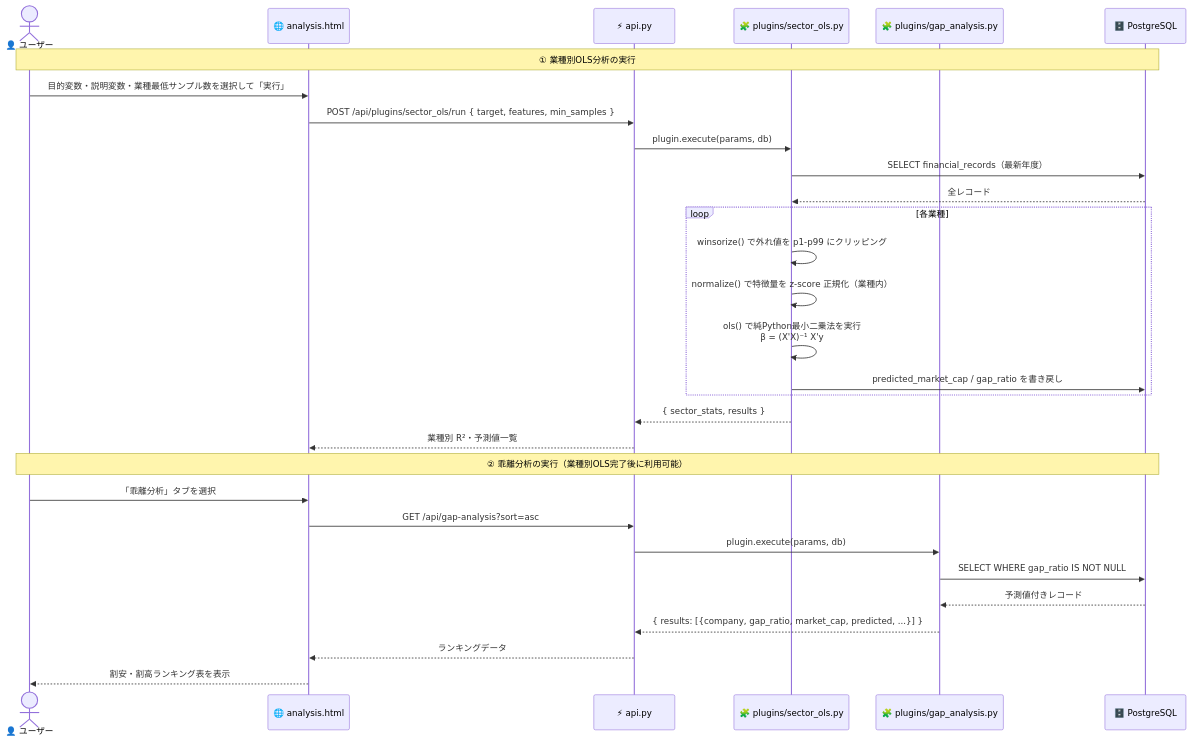
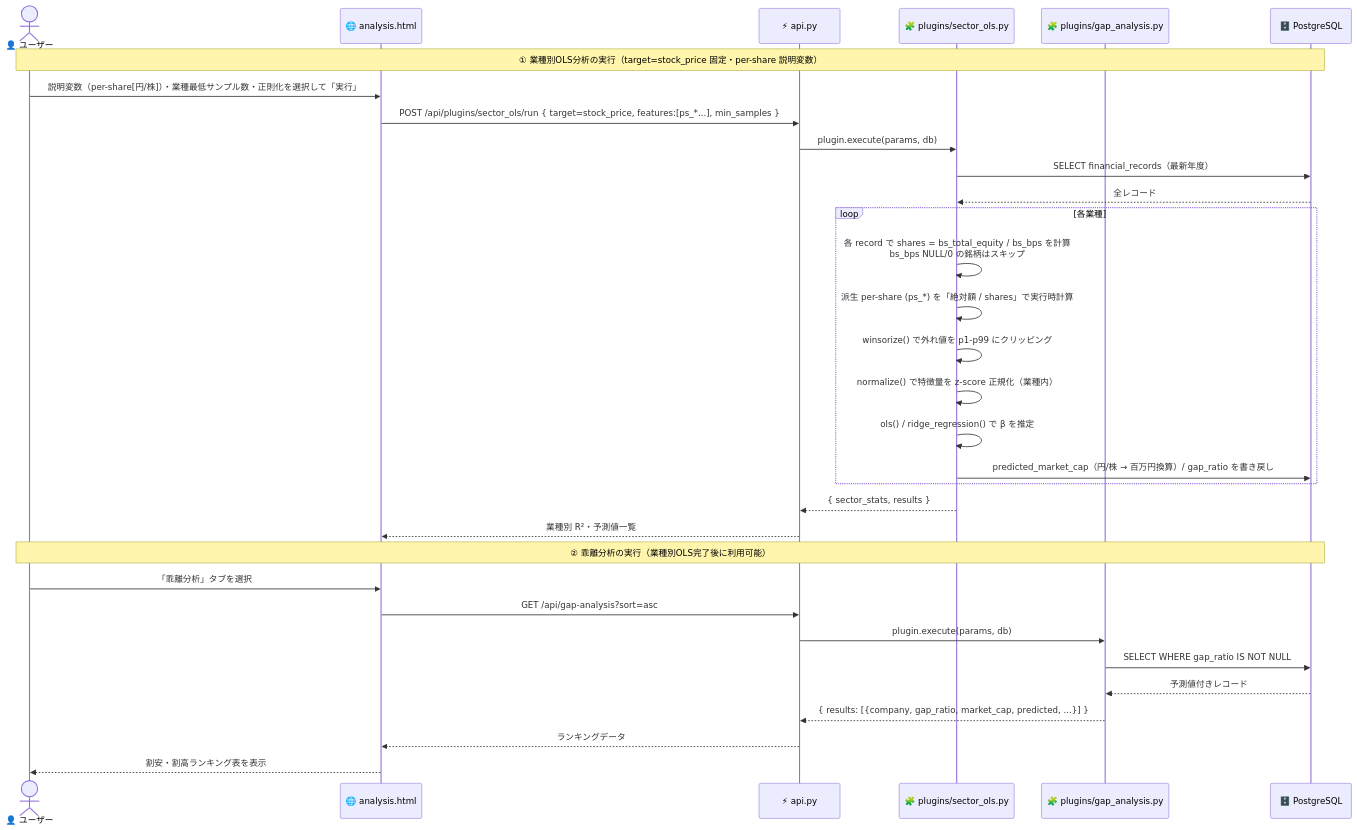
One commit to kome-kome/financial_app changed the seventh of 15 diagrams in docs/ARCHITECTURE.md. Above: the diagram before and after it, drawn with Mermaid. The commit also changed 7 other files, not shown here.

First line of the commit message:
feat: 業種別OLSの次元整合性を構造的に強制し per-share 説明変数を網羅化

````diff
--- a/docs/ARCHITECTURE.md
+++ b/docs/ARCHITECTURE.md
@@ -419,37 +419,39 @@
 ```mermaid
 sequenceDiagram
     actor       User  as 👤 ユーザー
     participant UI    as 🌐 analysis.html
     participant API   as ⚡ api.py
     participant PLG   as 🧩 plugins/sector_ols.py
     participant GAP   as 🧩 plugins/gap_analysis.py
     participant DB    as 🗄️ PostgreSQL
 
-    Note over User,DB: ① 業種別OLS分析の実行
-    User ->> UI  : 目的変数・説明変数・業種最低サンプル数を選択して「実行」
-    UI   ->> API : POST /api/plugins/sector_ols/run { target, features, min_samples }
+    Note over User,DB: ① 業種別OLS分析の実行（target=stock_price 固定・per-share 説明変数）
+    User ->> UI  : 説明変数（per-share[円/株]）・業種最低サンプル数・正則化を選択して「実行」
+    UI   ->> API : POST /api/plugins/sector_ols/run { target=stock_price, features:[ps_*...], min_samples }
     API  ->> PLG : plugin.execute(params, db)
 
     PLG  ->> DB  : SELECT financial_records（最新年度）
     DB  -->> PLG : 全レコード
 
     loop 各業種
+        PLG  ->> PLG : 各 record で shares = bs_total_equity / bs_bps を計算<br/>bs_bps NULL/0 の銘柄はスキップ
+        PLG  ->> PLG : 派生 per-share (ps_*) を「絶対額 / shares」で実行時計算
         PLG  ->> PLG : winsorize() で外れ値を p1-p99 にクリッピング
         PLG  ->> PLG : normalize() で特徴量を z-score 正規化（業種内）
-        PLG  ->> PLG : ols() で純Python最小二乗法を実行<br/>β = (X'X)⁻¹ X'y
-        PLG  ->> DB  : predicted_market_cap / gap_ratio を書き戻し
+        PLG  ->> PLG : ols() / ridge_regression() で β を推定
+        PLG  ->> DB  : predicted_market_cap（円/株 → 百万円換算）/ gap_ratio を書き戻し
     end
 
     PLG -->> API : { sector_stats, results }
     API -->> UI  : 業種別 R²・予測値一覧
 
     Note over User,DB: ② 乖離分析の実行（業種別OLS完了後に利用可能）
     User ->> UI  : 「乖離分析」タブを選択
     UI   ->> API : GET /api/gap-analysis?sort=asc
     API  ->> GAP : plugin.execute(params, db)
     GAP  ->> DB  : SELECT WHERE gap_ratio IS NOT NULL
     DB  -->> GAP : 予測値付きレコード
     GAP -->> API : { results: [{company, gap_ratio, market_cap, predicted, ...}] }
     API -->> UI  : ランキングデータ
     UI  -->> User: 割安・割高ランキング表を表示
 ```
````
